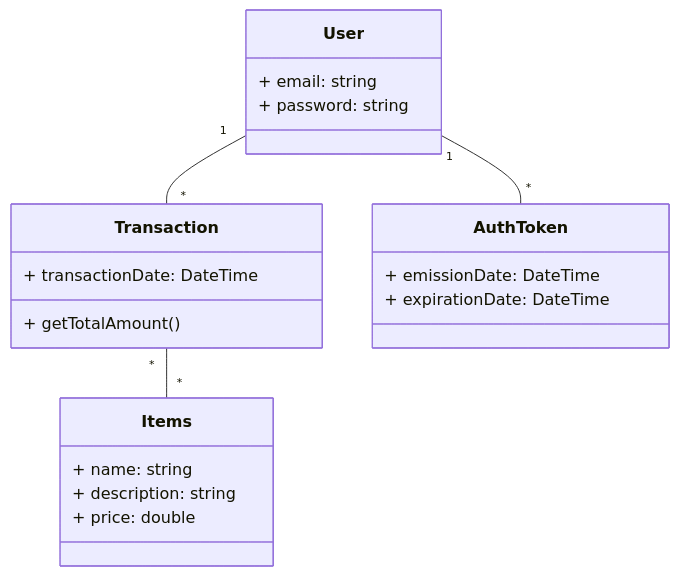
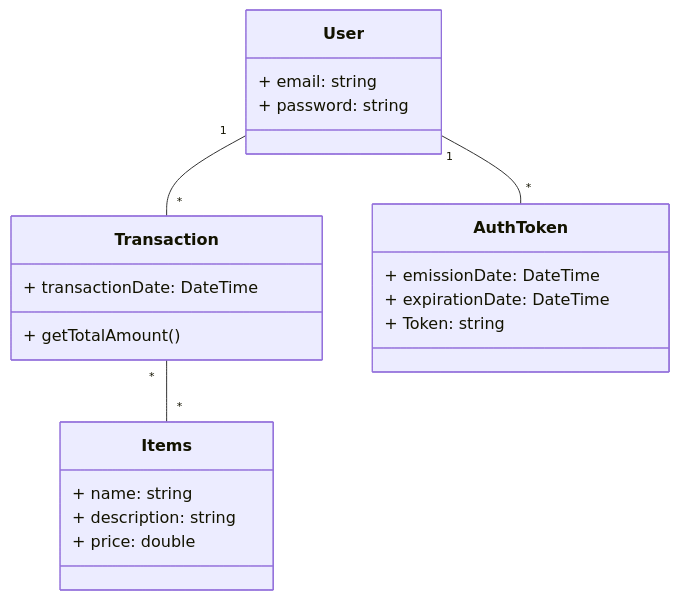
One commit to lyamss/CleanCQRS changed the diagram in README.md. Above: the diagram before and after it, drawn with Mermaid. The commit also changed 24 other files, not shown here.

````diff
--- a/README.md
+++ b/README.md
@@ -15,28 +15,29 @@
 ```mermaid
 classDiagram
     class User {
         + email: string
         + password: string
     }
 
     class Transaction {
       + transactionDate: DateTime
       + getTotalAmount()
     }
 
     class Items {
       + name: string
       + description: string
       + price: double
     }
 
     class AuthToken {
       + emissionDate: DateTime
       + expirationDate: DateTime
+      + Token: string
     }
 
 
 User "1" -- "*" AuthToken
 User "1" -- "*" Transaction
 Transaction "*" -- "*" Items
 ```
````
